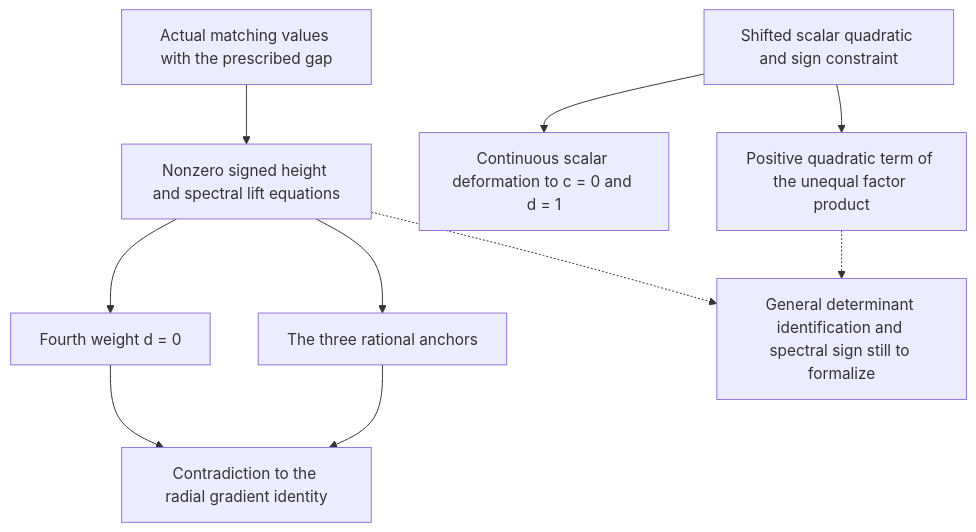
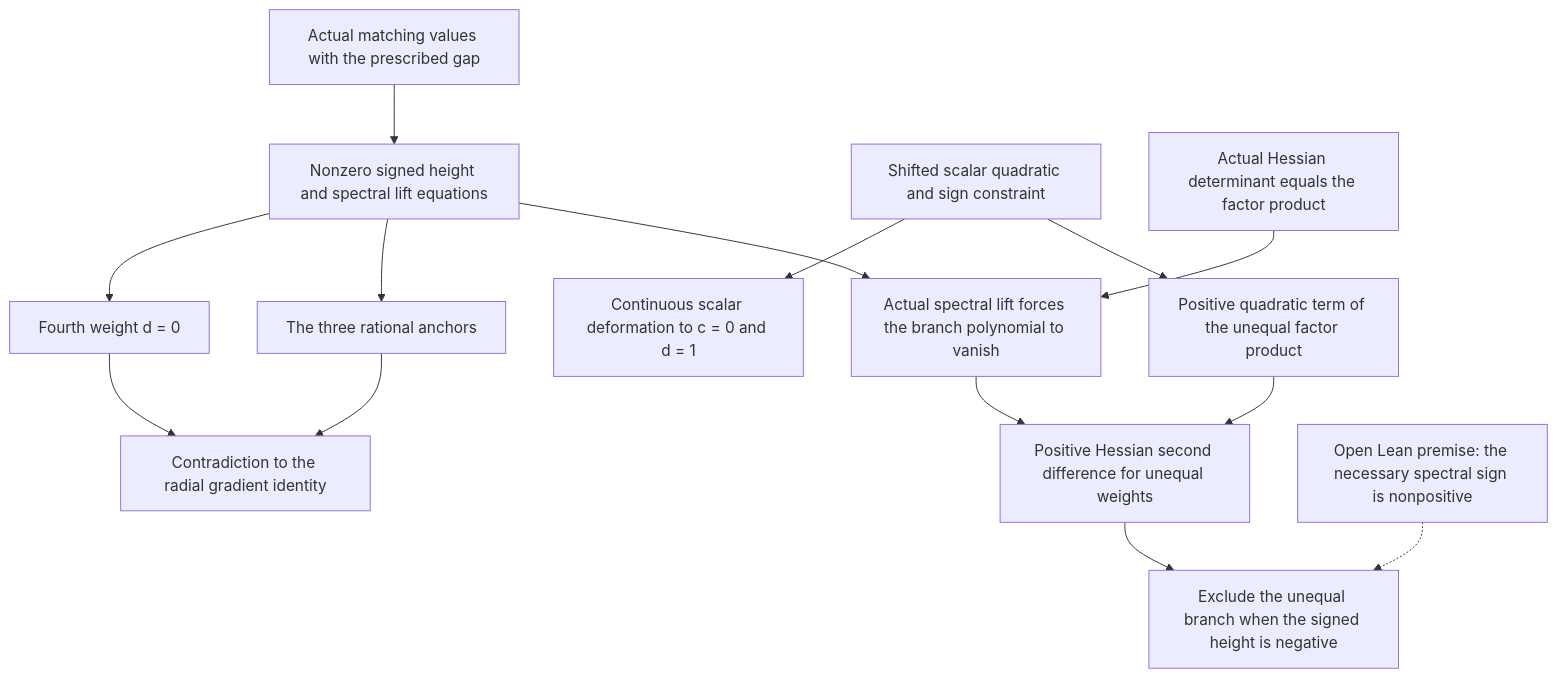
The diagram in Docs/Proofs/order-four-0710-contact-map.md (ascendnoosphere/MOC), drawn with Mermaid before and after one commit. The commit also changed other lines of this file and 1 other file, not shown here.

Commit message:
lean: connect the five-ray factors to the actual Hessian pencil

````diff
--- a/Docs/Proofs/order-four-0710-contact-map.md
+++ b/Docs/Proofs/order-four-0710-contact-map.md
@@ -19,21 +19,29 @@
 ```mermaid
 flowchart TD
     A["Actual matching values with the prescribed gap"]
     B["Nonzero signed height and spectral lift equations"]
     C["Fourth weight d = 0"]
     D["The three rational anchors"]
     E["Contradiction to the radial gradient identity"]
     S["Shifted scalar quadratic and sign constraint"]
     T["Continuous scalar deformation to c = 0 and d = 1"]
     P["Positive quadratic term of the unequal factor product"]
-    O["General determinant identification and spectral sign still to formalize"]
+    H["Actual Hessian determinant equals the factor product"]
+    J["Actual spectral lift forces the branch polynomial to vanish"]
+    O["Positive Hessian second difference for unequal weights"]
+    N["Open Lean premise: the necessary spectral sign is nonpositive"]
+    X["Exclude the unequal branch when the signed height is negative"]
     A --> B
     B --> C
     B --> D
     C --> E
     D --> E
     S --> T
     S --> P
-    B -.-> O
-    P -.-> O
+    H --> J
+    B --> J
+    J --> O
+    P --> O
+    O --> X
+    N -.-> X
 ```
````
